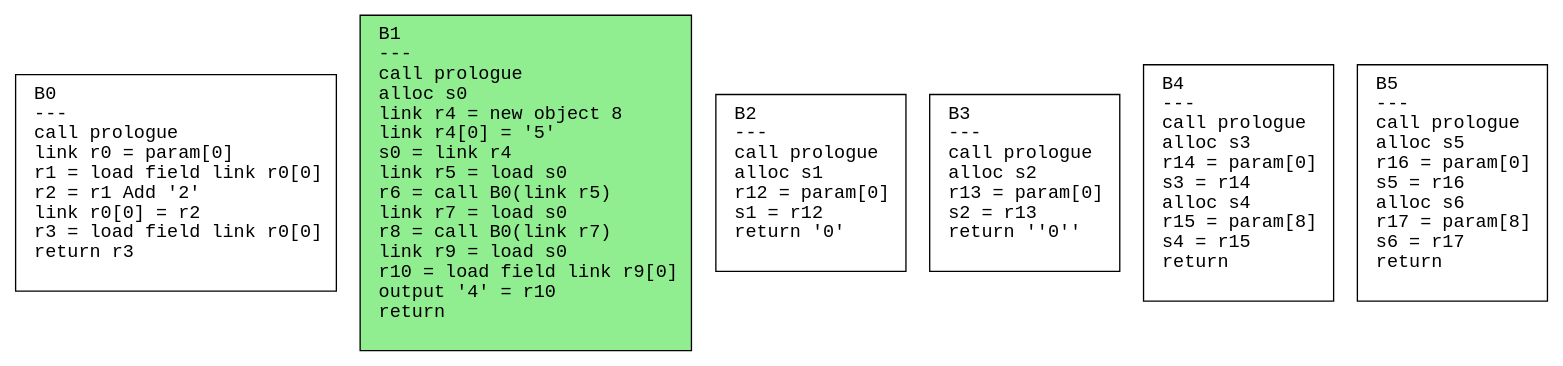
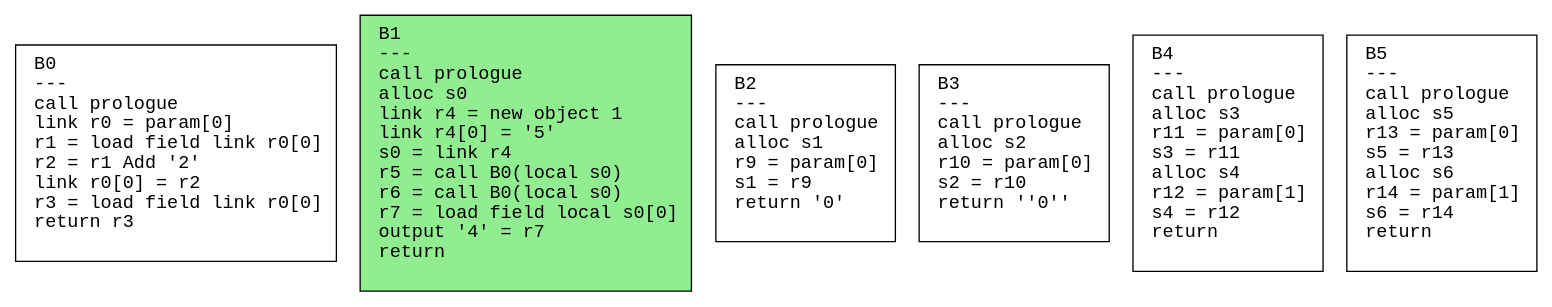
The diagram in output/classes.dot (safarislava/ProcTranslator), drawn with Graphviz before and after one commit. The commit also changed 38 other files, not shown here.

```diff
--- a/output/classes.dot
+++ b/output/classes.dot
@@ -1,13 +1,13 @@
 digraph CFG {
   rankdir=TB;
   node [shape=box, fontname="Courier", style=filled, fillcolor=white, margin="0.2,0.1"];
   edge [fontname="Courier"];
 
   "B0" [label="B0\l---\lcall prologue\llink r0 = param[0]\lr1 = load field link r0[0]\lr2 = r1 Add '2'\llink r0[0] = r2\lr3 = load field link r0[0]\lreturn r3\l "];
-  "B1" [label="B1\l---\lcall prologue\lalloc s0\llink r4 = new object 8\llink r4[0] = '5'\ls0 = link r4\llink r5 = load s0\lr6 = call B0(link r5)\llink r7 = load s0\lr8 = call B0(link r7)\llink r9 = load s0\lr10 = load field link r9[0]\loutput '4' = r10\lreturn\l "];
-  "B2" [label="B2\l---\lcall prologue\lalloc s1\lr12 = param[0]\ls1 = r12\lreturn '0'\l "];
-  "B3" [label="B3\l---\lcall prologue\lalloc s2\lr13 = param[0]\ls2 = r13\lreturn ''0''\l "];
-  "B4" [label="B4\l---\lcall prologue\lalloc s3\lr14 = param[0]\ls3 = r14\lalloc s4\lr15 = param[8]\ls4 = r15\lreturn\l "];
-  "B5" [label="B5\l---\lcall prologue\lalloc s5\lr16 = param[0]\ls5 = r16\lalloc s6\lr17 = param[8]\ls6 = r17\lreturn\l "];
+  "B1" [label="B1\l---\lcall prologue\lalloc s0\llink r4 = new object 1\llink r4[0] = '5'\ls0 = link r4\lr5 = call B0(local s0)\lr6 = call B0(local s0)\lr7 = load field local s0[0]\loutput '4' = r7\lreturn\l "];
+  "B2" [label="B2\l---\lcall prologue\lalloc s1\lr9 = param[0]\ls1 = r9\lreturn '0'\l "];
+  "B3" [label="B3\l---\lcall prologue\lalloc s2\lr10 = param[0]\ls2 = r10\lreturn ''0''\l "];
+  "B4" [label="B4\l---\lcall prologue\lalloc s3\lr11 = param[0]\ls3 = r11\lalloc s4\lr12 = param[1]\ls4 = r12\lreturn\l "];
+  "B5" [label="B5\l---\lcall prologue\lalloc s5\lr13 = param[0]\ls5 = r13\lalloc s6\lr14 = param[1]\ls6 = r14\lreturn\l "];
   "B1" [fillcolor=lightgreen];
 }
```
